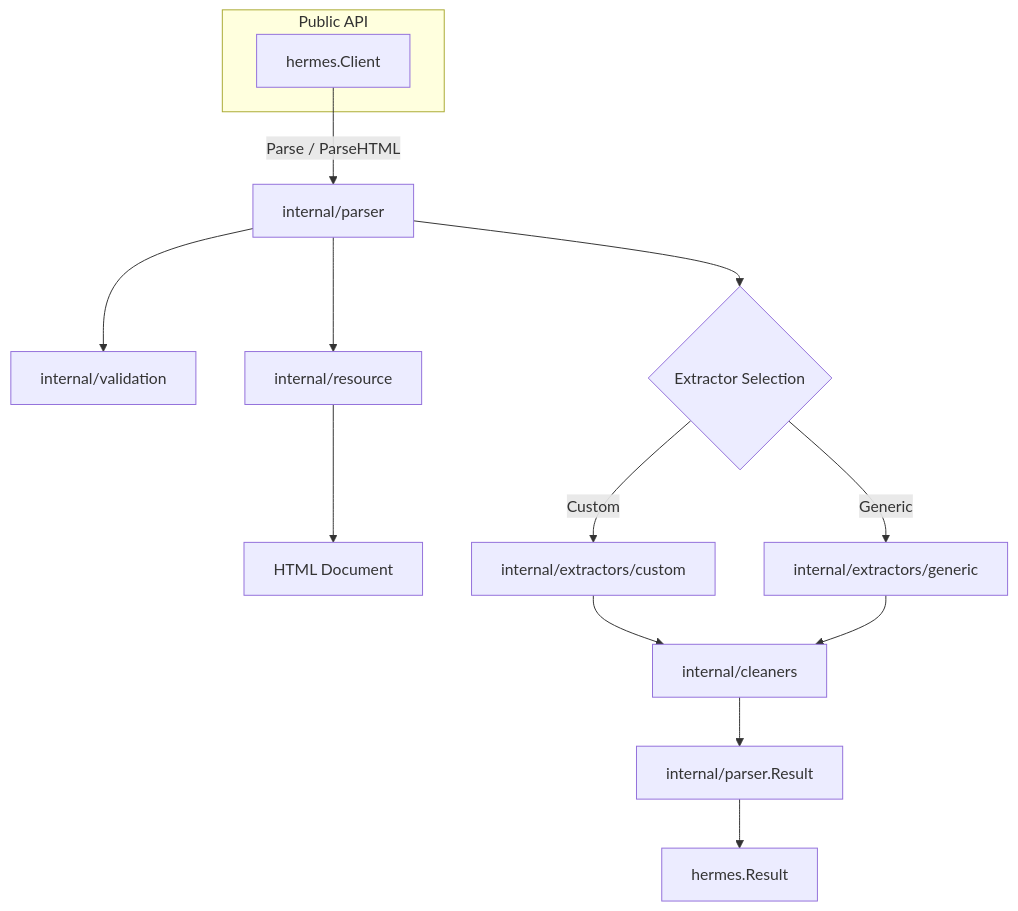
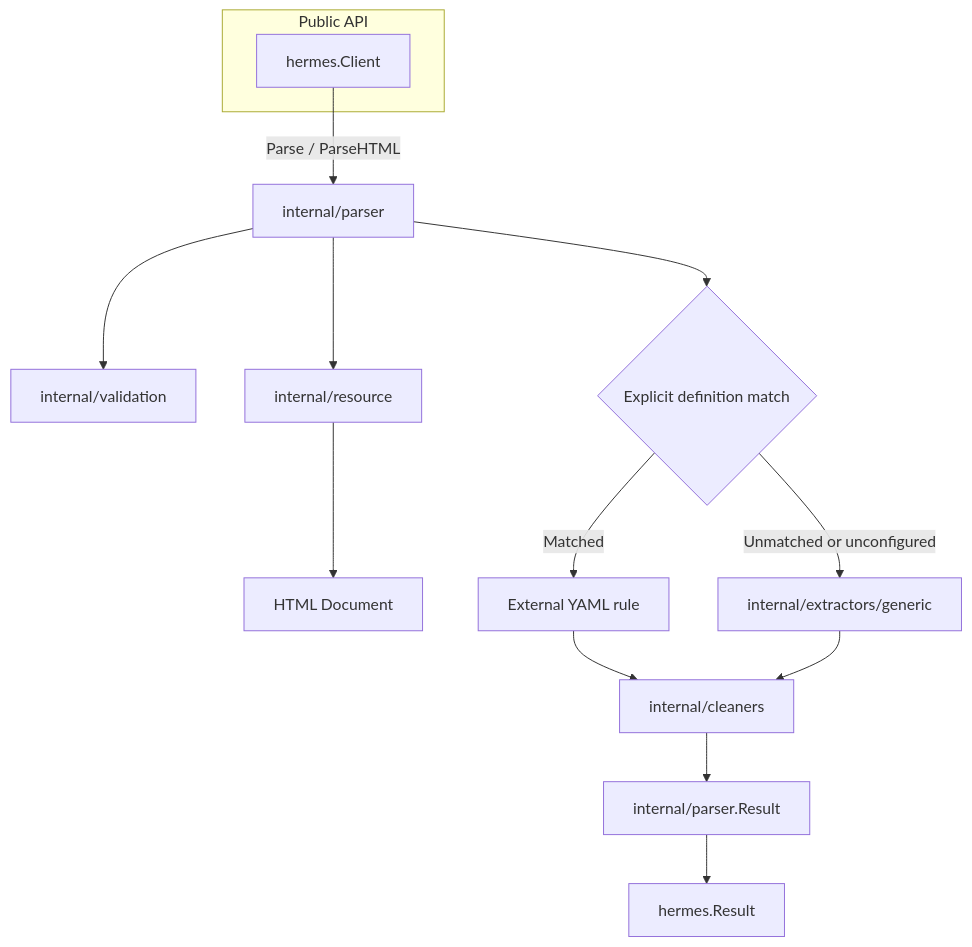
The first of 2 diagrams in docs/architecture/overview.md (BumpyClock/hermes), drawn with Mermaid before and after one commit. The commit also changed other lines of this file and 199 other files, not shown here.

````diff
--- a/docs/architecture/overview.md
+++ b/docs/architecture/overview.md
@@ -19,18 +19,18 @@
 ```mermaid
 flowchart TD
     subgraph Public API
         A[hermes.Client]
     end
 
     A -->|Parse / ParseHTML| B[internal/parser]
     B --> C[internal/validation]
     B --> D[internal/resource]
     D --> E[HTML Document]
-    B --> F{Extractor Selection}
-    F -->|Custom| G[internal/extractors/custom]
-    F -->|Generic| H[internal/extractors/generic]
+    B --> F{Explicit definition match}
+    F -->|Matched| G[External YAML rule]
+    F -->|Unmatched or unconfigured| H[internal/extractors/generic]
     G --> I[internal/cleaners]
     H --> I[internal/cleaners]
     I --> J[internal/parser.Result]
     J --> K[hermes.Result]
 ```
````
